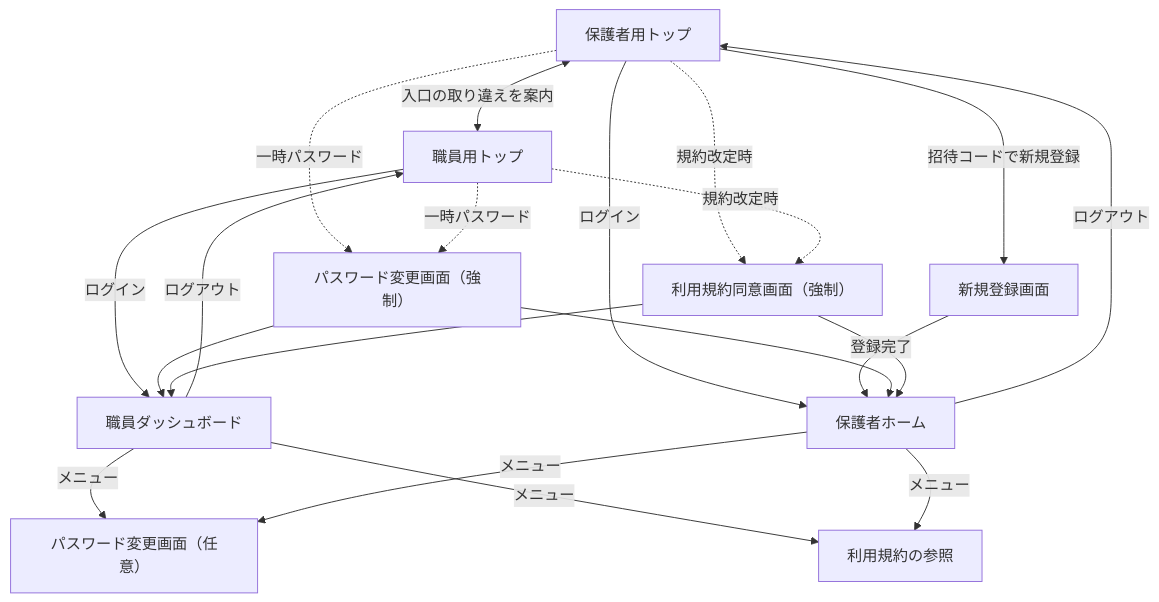
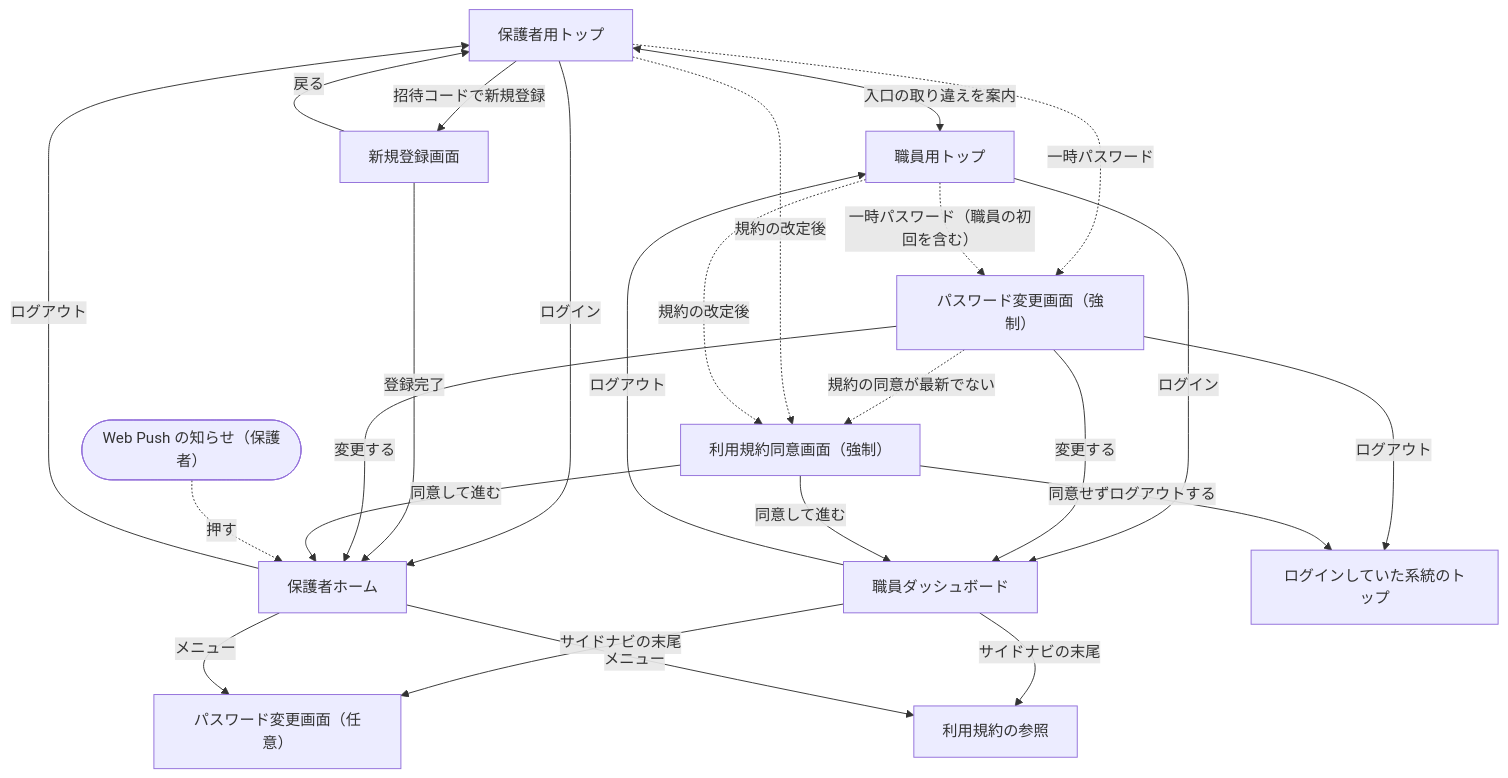
Before and after one commit to issei0423/sukusuku_system: the second of 9 diagrams in 図/画面遷移図.md, drawn with Mermaid. The commit also changed other lines of this file, not shown here.

First line of the commit message:
画面遷移図を第2.0版にし、基本設計書 第3.0版の42画面に合わせた：連絡帳の節を新しく置き、保護者の画面を連絡帳画面・成長の記録画面を含む9画面で作り直し、共有日誌閲覧画面と日誌の共有のカードの遷移を外し、保護者の通知の行き先を保護者ホームにし、職員の初回ログインの順番を書いた

````diff
--- a/図/画面遷移図.md
+++ b/図/画面遷移図.md
@@ -94,22 +115,27 @@
 ```mermaid
 flowchart TD
     PT["保護者用トップ"] -->|ログイン| PH["保護者ホーム"]
     PT -->|招待コードで新規登録| SU["新規登録画面"]
     SU -->|登録完了| PH
+    SU -->|戻る| PT
     ST["職員用トップ"] -->|ログイン| SD["職員ダッシュボード"]
     PT <-->|入口の取り違えを案内| ST
     PT -.->|一時パスワード| PW["パスワード変更画面（強制）"]
-    ST -.->|一時パスワード| PW
-    PW --> PH
-    PW --> SD
-    PT -.->|規約改定時| TC["利用規約同意画面（強制）"]
-    ST -.->|規約改定時| TC
-    TC --> PH
-    TC --> SD
-    SD -->|メニュー| PW2["パスワード変更画面（任意）"]
+    ST -.->|一時パスワード（職員の初回を含む）| PW
+    PW -.->|規約の同意が最新でない| TC["利用規約同意画面（強制）"]
+    PW -->|変更する| PH
+    PW -->|変更する| SD
+    PT -.->|規約の改定後| TC
+    ST -.->|規約の改定後| TC
+    TC -->|同意して進む| PH
+    TC -->|同意して進む| SD
+    PW -->|ログアウト| TOP["ログインしていた系統のトップ"]
+    TC -->|同意せずログアウトする| TOP
+    SD -->|サイドナビの末尾| PW2["パスワード変更画面（任意）"]
     PH -->|メニュー| PW2
-    SD -->|メニュー| TC2["利用規約の参照"]
+    SD -->|サイドナビの末尾| TC2["利用規約の参照"]
     PH -->|メニュー| TC2
     PH -->|ログアウト| PT
     SD -->|ログアウト| ST
+    WP(["Web Push の知らせ（保護者）"]) -.->|押す| PH
 ```
````
